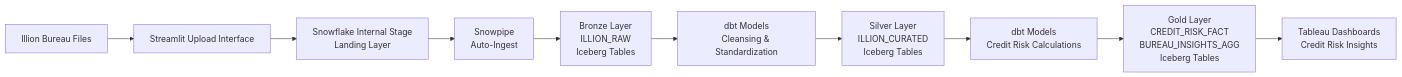
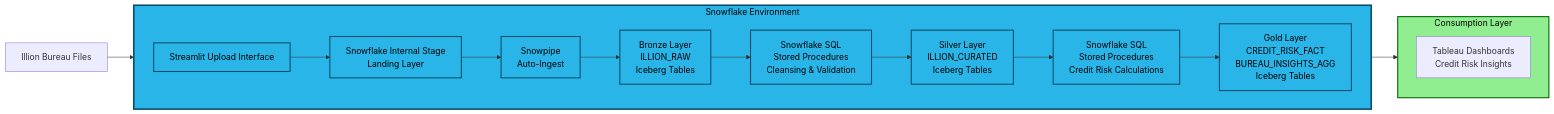
Before and after one commit to sfc-gh-mhindi/REPO_CBA: diagram 14 of 23 in 15-BB-QPD Future State/QPD - Future State.md, drawn with Mermaid. The commit also changed other lines of this file, not shown here.

````diff
--- a/15-BB-QPD Future State/QPD - Future State.md
+++ b/15-BB-QPD Future State/QPD - Future State.md
@@ -1380,12 +1436,41 @@
 ```mermaid
 graph LR
-    Source[Illion Bureau Files] --> Streamlit[Streamlit Upload Interface]
-    Streamlit --> Internal[Snowflake Internal Stage<br/>Landing Layer]
-    Internal --> Snowpipe[Snowpipe<br/>Auto-Ingest]
-    Snowpipe --> Bronze[Bronze Layer<br/>ILLION_RAW<br/>Iceberg Tables]
-    Bronze --> dbt_silver[dbt Models<br/>Cleansing & Standardization]
-    dbt_silver --> Silver[Silver Layer<br/>ILLION_CURATED<br/>Iceberg Tables]
-    Silver --> dbt_gold[dbt Models<br/>Credit Risk Calculations]
-    dbt_gold --> Gold[Gold Layer<br/>CREDIT_RISK_FACT<br/>BUREAU_INSIGHTS_AGG<br/>Iceberg Tables]
-    Gold --> Tableau[Tableau Dashboards<br/>Credit Risk Insights]
+    subgraph Snowflake["Snowflake Environment"]
+        direction LR
+        Streamlit[Streamlit Upload Interface]
+        Internal[Snowflake Internal Stage<br/>Landing Layer]
+        Snowpipe[Snowpipe<br/>Auto-Ingest]
+        Bronze[Bronze Layer<br/>ILLION_RAW<br/>Iceberg Tables]
+        Transform_SP[Snowflake SQL<br/>Stored Procedures<br/>Cleansing & Validation]
+        Silver[Silver Layer<br/>ILLION_CURATED<br/>Iceberg Tables]
+        Transform_SP_Gold[Snowflake SQL<br/>Stored Procedures<br/>Credit Risk Calculations]
+        Gold[Gold Layer<br/>CREDIT_RISK_FACT<br/>BUREAU_INSIGHTS_AGG<br/>Iceberg Tables]
+        
+        Streamlit --> Internal
+        Internal --> Snowpipe
+        Snowpipe --> Bronze
+        Bronze --> Transform_SP
+        Transform_SP --> Silver
+        Silver --> Transform_SP_Gold
+        Transform_SP_Gold --> Gold
+    end
+    
+    subgraph Consumption["Consumption Layer"]
+        direction TB
+        Tableau[Tableau Dashboards<br/>Credit Risk Insights]
+    end
+    
+    Source[Illion Bureau Files] --> Streamlit
+    Gold --> Tableau
+    
+    style Snowflake fill:#29b5e8,stroke:#0c4d6b,stroke-width:3px,color:#000
+    style Consumption fill:#90ee90,stroke:#006400,stroke-width:2px,color:#000
+    style Streamlit fill:#29b5e8,stroke:#0c4d6b,stroke-width:2px,color:#000
+    style Internal fill:#29b5e8,stroke:#0c4d6b,stroke-width:2px,color:#000
+    style Snowpipe fill:#29b5e8,stroke:#0c4d6b,stroke-width:2px,color:#000
+    style Bronze fill:#29b5e8,stroke:#0c4d6b,stroke-width:2px,color:#000
+    style Transform_SP fill:#29b5e8,stroke:#0c4d6b,stroke-width:2px,color:#000
+    style Silver fill:#29b5e8,stroke:#0c4d6b,stroke-width:2px,color:#000
+    style Transform_SP_Gold fill:#29b5e8,stroke:#0c4d6b,stroke-width:2px,color:#000
+    style Gold fill:#29b5e8,stroke:#0c4d6b,stroke-width:2px,color:#000
 ```
````
